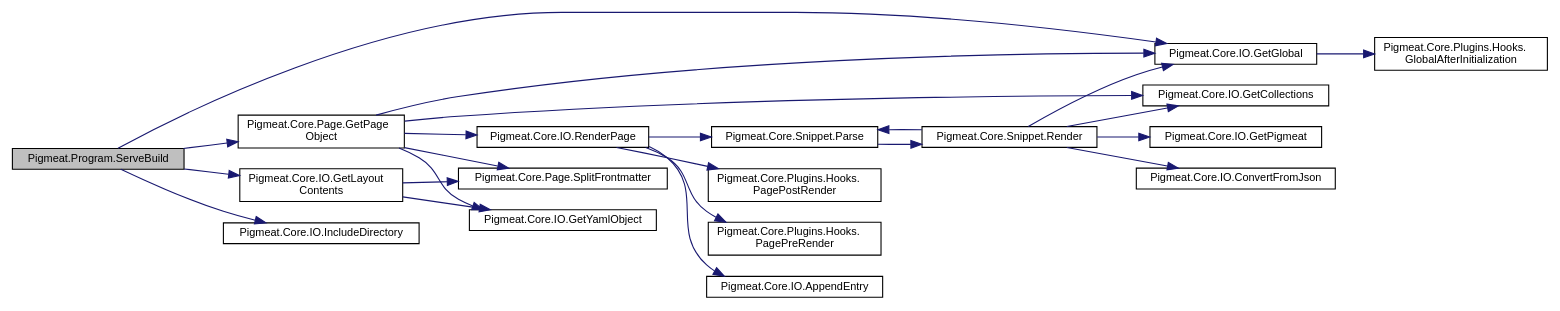
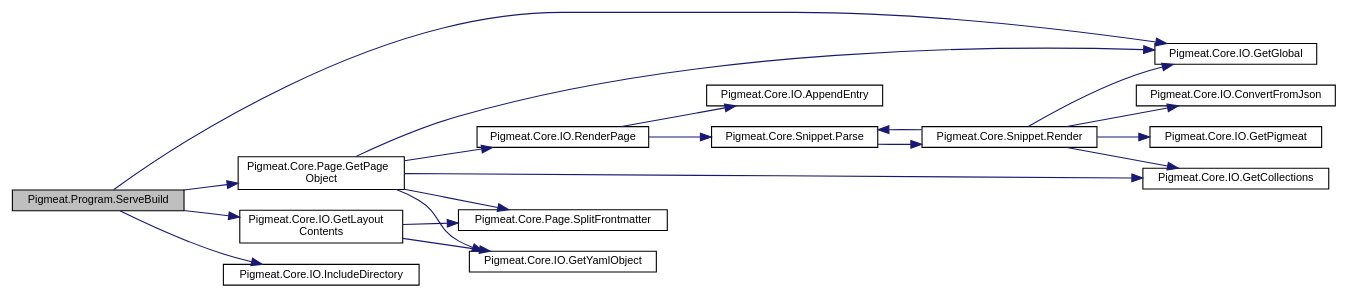
One commit to milovidov983/Pigmeat changed the diagram in class_pigmeat_1_1_program_a196f0e133927e9c381295c4915ebdfb2_cgraph.dot. Above: the diagram before and after it, drawn with Graphviz. The commit also changed 198 other files, not shown here.

```diff
--- a/class_pigmeat_1_1_program_a196f0e133927e9c381295c4915ebdfb2_cgraph.dot
+++ b/class_pigmeat_1_1_program_a196f0e133927e9c381295c4915ebdfb2_cgraph.dot
@@ -1,45 +1,39 @@
 digraph "Pigmeat.Program.ServeBuild"
 {
   edge [fontname="Helvetica",fontsize="10",labelfontname="Helvetica",labelfontsize="10"];
   node [fontname="Helvetica",fontsize="10",shape=record];
   rankdir="LR";
-  Node126 [label="Pigmeat.Program.ServeBuild",height=0.2,width=0.4,color="black", fillcolor="grey75", style="filled", fontcolor="black"];
-  Node126 -> Node127 [color="midnightblue",fontsize="10",style="solid",fontname="Helvetica"];
-  Node127 [label="Pigmeat.Core.IO.GetGlobal",height=0.2,width=0.4,color="black", fillcolor="white", style="filled",URL="$class_pigmeat_1_1_core_1_1_i_o.html#a8f84ec34a489ed4c83089b16308ddc7f",tooltip="Get file representing project&#39;s Global context "];
-  Node127 -> Node128 [color="midnightblue",fontsize="10",style="solid",fontname="Helvetica"];
-  Node128 [label="Pigmeat.Core.Plugins.Hooks.\lGlobalAfterInitialization",height=0.2,width=0.4,color="black", fillcolor="white", style="filled",URL="$class_pigmeat_1_1_core_1_1_plugins_1_1_hooks.html#ab2e3f7c36307a442db4ad8da510d2ee0",tooltip="Immediately after getting the global context"];
-  Node126 -> Node129 [color="midnightblue",fontsize="10",style="solid",fontname="Helvetica"];
-  Node129 [label="Pigmeat.Core.IO.GetLayout\lContents",height=0.2,width=0.4,color="black", fillcolor="white", style="filled",URL="$class_pigmeat_1_1_core_1_1_i_o.html#ae9cd73892daa23bdf19c9a229fe62b7b",tooltip="Get the contents of Layouts recursively "];
-  Node129 -> Node130 [color="midnightblue",fontsize="10",style="solid",fontname="Helvetica"];
-  Node130 [label="Pigmeat.Core.Page.SplitFrontmatter",height=0.2,width=0.4,color="black", fillcolor="white", style="filled",URL="$class_pigmeat_1_1_core_1_1_page.html#adeeba3432008a2b7718ad52c2e0ae058",tooltip="Gets the YAML of the frontmatter for a given page "];
-  Node129 -> Node131 [color="midnightblue",fontsize="10",style="solid",fontname="Helvetica"];
-  Node131 [label="Pigmeat.Core.IO.GetYamlObject",height=0.2,width=0.4,color="black", fillcolor="white", style="filled",URL="$class_pigmeat_1_1_core_1_1_i_o.html#a65785eb7263115da1c592b06597727f5",tooltip="Convert YAML data into JObject "];
-  Node126 -> Node132 [color="midnightblue",fontsize="10",style="solid",fontname="Helvetica"];
-  Node132 [label="Pigmeat.Core.Page.GetPage\lObject",height=0.2,width=0.4,color="black", fillcolor="white", style="filled",URL="$class_pigmeat_1_1_core_1_1_page.html#a3a2dee942bb7b2f763ce5d1caba4163d",tooltip="Parses a given page into a JObject "];
-  Node132 -> Node130 [color="midnightblue",fontsize="10",style="solid",fontname="Helvetica"];
-  Node132 -> Node131 [color="midnightblue",fontsize="10",style="solid",fontname="Helvetica"];
-  Node132 -> Node127 [color="midnightblue",fontsize="10",style="solid",fontname="Helvetica"];
-  Node132 -> Node133 [color="midnightblue",fontsize="10",style="solid",fontname="Helvetica"];
-  Node133 [label="Pigmeat.Core.IO.GetCollections",height=0.2,width=0.4,color="black", fillcolor="white", style="filled",URL="$class_pigmeat_1_1_core_1_1_i_o.html#a95f27be3fb9f5fd7e668f903c4e1cfb4",tooltip="Create a JObject to merge with the Global context containing each collection&#39;s collection.json data "];
-  Node132 -> Node134 [color="midnightblue",fontsize="10",style="solid",fontname="Helvetica"];
-  Node134 [label="Pigmeat.Core.IO.RenderPage",height=0.2,width=0.4,color="black", fillcolor="white", style="filled",URL="$class_pigmeat_1_1_core_1_1_i_o.html#a60f49d31957620c308423cad19dbf5f6",tooltip="Take layout, place Markdig-parsed content in layout, evaluate includes, render with Scriban ..."];
-  Node134 -> Node135 [color="midnightblue",fontsize="10",style="solid",fontname="Helvetica"];
-  Node135 [label="Pigmeat.Core.Plugins.Hooks.\lPagePreRender",height=0.2,width=0.4,color="black", fillcolor="white", style="filled",URL="$class_pigmeat_1_1_core_1_1_plugins_1_1_hooks.html#a30ab361c94c635258dbd8ed9b42b1327",tooltip="Just before rendering a page"];
-  Node134 -> Node136 [color="midnightblue",fontsize="10",style="solid",fontname="Helvetica"];
-  Node136 [label="Pigmeat.Core.Snippet.Parse",height=0.2,width=0.4,color="black", fillcolor="white", style="filled",URL="$class_pigmeat_1_1_core_1_1_snippet.html#a54ea5e1d3a8cd6308a1b1c9f01457146",tooltip="Parses through each {! snippet !} call in a page and evaluates them "];
-  Node136 -> Node137 [color="midnightblue",fontsize="10",style="solid",fontname="Helvetica"];
-  Node137 [label="Pigmeat.Core.Snippet.Render",height=0.2,width=0.4,color="black", fillcolor="white", style="filled",URL="$class_pigmeat_1_1_core_1_1_snippet.html#ac3dd182d3699b9997372e1baa768de2b",tooltip="Renders Snippets "];
-  Node137 -> Node127 [color="midnightblue",fontsize="10",style="solid",fontname="Helvetica"];
-  Node137 -> Node133 [color="midnightblue",fontsize="10",style="solid",fontname="Helvetica"];
-  Node137 -> Node138 [color="midnightblue",fontsize="10",style="solid",fontname="Helvetica"];
-  Node138 [label="Pigmeat.Core.IO.ConvertFromJson",height=0.2,width=0.4,color="black", fillcolor="white", style="filled",URL="$class_pigmeat_1_1_core_1_1_i_o.html#a821d02a0d3f636011b2dc0f8e8703e18",tooltip="Convert JObject to Scriban objects "];
-  Node137 -> Node139 [color="midnightblue",fontsize="10",style="solid",fontname="Helvetica"];
-  Node139 [label="Pigmeat.Core.IO.GetPigmeat",height=0.2,width=0.4,color="black", fillcolor="white", style="filled",URL="$class_pigmeat_1_1_core_1_1_i_o.html#ab52a010415630b7063180fd58759eab3",tooltip="Get JObject representing project&#39;s Pigmeat context "];
-  Node137 -> Node136 [color="midnightblue",fontsize="10",style="solid",fontname="Helvetica"];
-  Node134 -> Node140 [color="midnightblue",fontsize="10",style="solid",fontname="Helvetica"];
-  Node140 [label="Pigmeat.Core.IO.AppendEntry",height=0.2,width=0.4,color="black", fillcolor="white", style="filled",URL="$class_pigmeat_1_1_core_1_1_i_o.html#a513be40f796bdadd8f6eb31f2446716a",tooltip="Adds JObject representations of pages in a collection to the collection&#39;s entries field in its collec..."];
-  Node134 -> Node141 [color="midnightblue",fontsize="10",style="solid",fontname="Helvetica"];
-  Node141 [label="Pigmeat.Core.Plugins.Hooks.\lPagePostRender",height=0.2,width=0.4,color="black", fillcolor="white", style="filled",URL="$class_pigmeat_1_1_core_1_1_plugins_1_1_hooks.html#a6e5e78f601dbc7245682031d2ad378fa",tooltip="After rendering a page, but before writing it to disk"];
-  Node126 -> Node142 [color="midnightblue",fontsize="10",style="solid",fontname="Helvetica"];
-  Node142 [label="Pigmeat.Core.IO.IncludeDirectory",height=0.2,width=0.4,color="black", fillcolor="white", style="filled",URL="$class_pigmeat_1_1_core_1_1_i_o.html#ab8a3a50a1c1ae3b1183e298846b77abd",tooltip="Copy a directory recursively, for if in {{{ global.include }}} "];
+  Node105 [label="Pigmeat.Program.ServeBuild",height=0.2,width=0.4,color="black", fillcolor="grey75", style="filled", fontcolor="black"];
+  Node105 -> Node106 [color="midnightblue",fontsize="10",style="solid",fontname="Helvetica"];
+  Node106 [label="Pigmeat.Core.IO.GetGlobal",height=0.2,width=0.4,color="black", fillcolor="white", style="filled",URL="$class_pigmeat_1_1_core_1_1_i_o.html#a8f84ec34a489ed4c83089b16308ddc7f",tooltip="Get file representing project&#39;s Global context "];
+  Node105 -> Node107 [color="midnightblue",fontsize="10",style="solid",fontname="Helvetica"];
+  Node107 [label="Pigmeat.Core.IO.GetLayout\lContents",height=0.2,width=0.4,color="black", fillcolor="white", style="filled",URL="$class_pigmeat_1_1_core_1_1_i_o.html#ae9cd73892daa23bdf19c9a229fe62b7b",tooltip="Get the contents of Layouts recursively "];
+  Node107 -> Node108 [color="midnightblue",fontsize="10",style="solid",fontname="Helvetica"];
+  Node108 [label="Pigmeat.Core.Page.SplitFrontmatter",height=0.2,width=0.4,color="black", fillcolor="white", style="filled",URL="$class_pigmeat_1_1_core_1_1_page.html#adeeba3432008a2b7718ad52c2e0ae058",tooltip="Gets the YAML of the frontmatter for a given page "];
+  Node107 -> Node109 [color="midnightblue",fontsize="10",style="solid",fontname="Helvetica"];
+  Node109 [label="Pigmeat.Core.IO.GetYamlObject",height=0.2,width=0.4,color="black", fillcolor="white", style="filled",URL="$class_pigmeat_1_1_core_1_1_i_o.html#a65785eb7263115da1c592b06597727f5",tooltip="Convert YAML data into JObject "];
+  Node105 -> Node110 [color="midnightblue",fontsize="10",style="solid",fontname="Helvetica"];
+  Node110 [label="Pigmeat.Core.Page.GetPage\lObject",height=0.2,width=0.4,color="black", fillcolor="white", style="filled",URL="$class_pigmeat_1_1_core_1_1_page.html#a3a2dee942bb7b2f763ce5d1caba4163d",tooltip="Parses a given page into a JObject "];
+  Node110 -> Node108 [color="midnightblue",fontsize="10",style="solid",fontname="Helvetica"];
+  Node110 -> Node109 [color="midnightblue",fontsize="10",style="solid",fontname="Helvetica"];
+  Node110 -> Node106 [color="midnightblue",fontsize="10",style="solid",fontname="Helvetica"];
+  Node110 -> Node111 [color="midnightblue",fontsize="10",style="solid",fontname="Helvetica"];
+  Node111 [label="Pigmeat.Core.IO.GetCollections",height=0.2,width=0.4,color="black", fillcolor="white", style="filled",URL="$class_pigmeat_1_1_core_1_1_i_o.html#a95f27be3fb9f5fd7e668f903c4e1cfb4",tooltip="Create a JObject to merge with the Global context containing each collection&#39;s collection.json data "];
+  Node110 -> Node112 [color="midnightblue",fontsize="10",style="solid",fontname="Helvetica"];
+  Node112 [label="Pigmeat.Core.IO.RenderPage",height=0.2,width=0.4,color="black", fillcolor="white", style="filled",URL="$class_pigmeat_1_1_core_1_1_i_o.html#a60f49d31957620c308423cad19dbf5f6",tooltip="Take layout, place Markdig-parsed content in layout, evaluate includes, render with Scriban ..."];
+  Node112 -> Node113 [color="midnightblue",fontsize="10",style="solid",fontname="Helvetica"];
+  Node113 [label="Pigmeat.Core.Snippet.Parse",height=0.2,width=0.4,color="black", fillcolor="white", style="filled",URL="$class_pigmeat_1_1_core_1_1_snippet.html#a54ea5e1d3a8cd6308a1b1c9f01457146",tooltip="Parses through each {! snippet !} call in a page and evaluates them "];
+  Node113 -> Node114 [color="midnightblue",fontsize="10",style="solid",fontname="Helvetica"];
+  Node114 [label="Pigmeat.Core.Snippet.Render",height=0.2,width=0.4,color="black", fillcolor="white", style="filled",URL="$class_pigmeat_1_1_core_1_1_snippet.html#ac3dd182d3699b9997372e1baa768de2b",tooltip="Renders Snippets "];
+  Node114 -> Node106 [color="midnightblue",fontsize="10",style="solid",fontname="Helvetica"];
+  Node114 -> Node111 [color="midnightblue",fontsize="10",style="solid",fontname="Helvetica"];
+  Node114 -> Node115 [color="midnightblue",fontsize="10",style="solid",fontname="Helvetica"];
+  Node115 [label="Pigmeat.Core.IO.ConvertFromJson",height=0.2,width=0.4,color="black", fillcolor="white", style="filled",URL="$class_pigmeat_1_1_core_1_1_i_o.html#a821d02a0d3f636011b2dc0f8e8703e18",tooltip="Convert JObject to Scriban objects "];
+  Node114 -> Node116 [color="midnightblue",fontsize="10",style="solid",fontname="Helvetica"];
+  Node116 [label="Pigmeat.Core.IO.GetPigmeat",height=0.2,width=0.4,color="black", fillcolor="white", style="filled",URL="$class_pigmeat_1_1_core_1_1_i_o.html#ab52a010415630b7063180fd58759eab3",tooltip="Get JObject representing project&#39;s Pigmeat context "];
+  Node114 -> Node113 [color="midnightblue",fontsize="10",style="solid",fontname="Helvetica"];
+  Node112 -> Node117 [color="midnightblue",fontsize="10",style="solid",fontname="Helvetica"];
+  Node117 [label="Pigmeat.Core.IO.AppendEntry",height=0.2,width=0.4,color="black", fillcolor="white", style="filled",URL="$class_pigmeat_1_1_core_1_1_i_o.html#a513be40f796bdadd8f6eb31f2446716a",tooltip="Adds JObject representations of pages in a collection to the collection&#39;s entries field in its collec..."];
+  Node105 -> Node118 [color="midnightblue",fontsize="10",style="solid",fontname="Helvetica"];
+  Node118 [label="Pigmeat.Core.IO.IncludeDirectory",height=0.2,width=0.4,color="black", fillcolor="white", style="filled",URL="$class_pigmeat_1_1_core_1_1_i_o.html#ab8a3a50a1c1ae3b1183e298846b77abd",tooltip="Copy a directory recursively, for if in {{{ global.include }}} "];
 }
```
